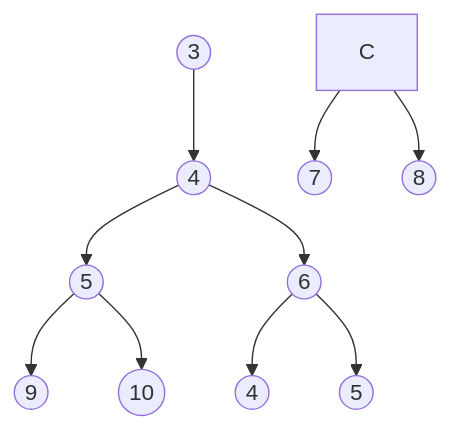
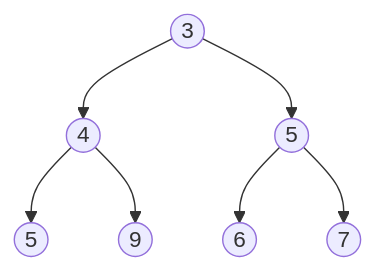
The first of 2 diagrams in README.md (UNSA-MCC-2022/AyED_Practica_02), drawn with Mermaid before and after one commit. The commit also changed other lines of this file, not shown here.

````diff
--- a/README.md
+++ b/README.md
@@ -26,12 +26,9 @@
 ```mermaid
 graph TB
     A((3))-->B((4))
-    B-->E((5))
-    B-->F((6))
+    A-->C((5))
+    B-->D((5))
+    B-->E((9))
+    C-->F((6))
     C-->G((7))
-    C-->H((8))
-    E-->I((9))
-    E-->J((10))    
-    F-->D((4))
-    F-->K((5))
 ```
````
